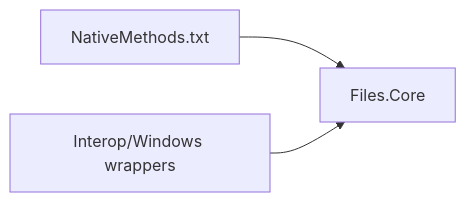
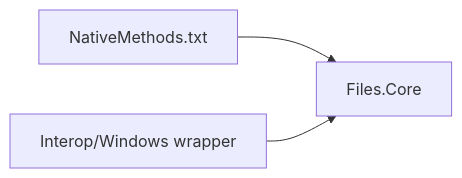
Before and after one commit to 0x5bfa/Files: the third of 3 diagrams in docs/architecture/migration.md, drawn with Mermaid. The commit also changed other lines of this file and 18 other files, not shown here.

Commit message:
Translate architecture docs to Japanese

````diff
--- a/docs/architecture/migration.md
+++ b/docs/architecture/migration.md
@@ -48,5 +41,5 @@
 ```mermaid
 flowchart LR
     Input["NativeMethods.txt"] --> Core["Files.Core"]
-    Wrappers["Interop/Windows wrappers"] --> Core
+    Wrappers["Interop/Windows wrapper"] --> Core
 ```
````
